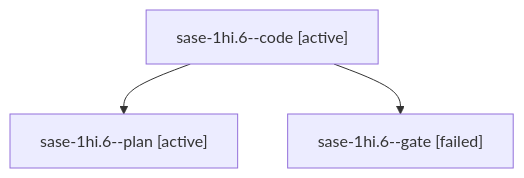
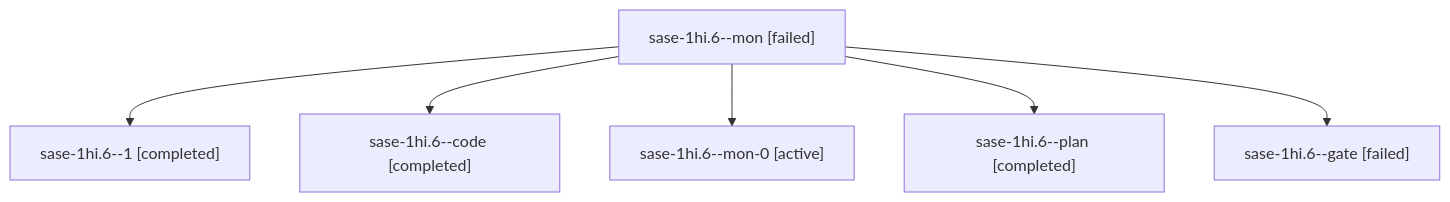
One commit to sase-org/sase--agents changed the diagram in sessions/bbugyi200.apollo.sase-1hi.6.md. Above: the diagram before and after it, drawn with Mermaid. The commit also changed other lines of this file and 76 other files, not shown here.

````diff
--- a/sessions/bbugyi200.apollo.sase-1hi.6.md
+++ b/sessions/bbugyi200.apollo.sase-1hi.6.md
@@ -9,8 +9,14 @@
 ```mermaid
 flowchart TD
-  n0["sase-1hi.6--code [active]"]
-  n1["sase-1hi.6--plan [active]"]
+  n0["sase-1hi.6--mon [failed]"]
+  n1["sase-1hi.6--1 [completed]"]
   n0 --> n1
-  n2["sase-1hi.6--gate [failed]"]
+  n2["sase-1hi.6--code [completed]"]
   n0 --> n2
+  n3["sase-1hi.6--mon-0 [active]"]
+  n0 --> n3
+  n4["sase-1hi.6--plan [completed]"]
+  n0 --> n4
+  n5["sase-1hi.6--gate [failed]"]
+  n0 --> n5
 ```
````
